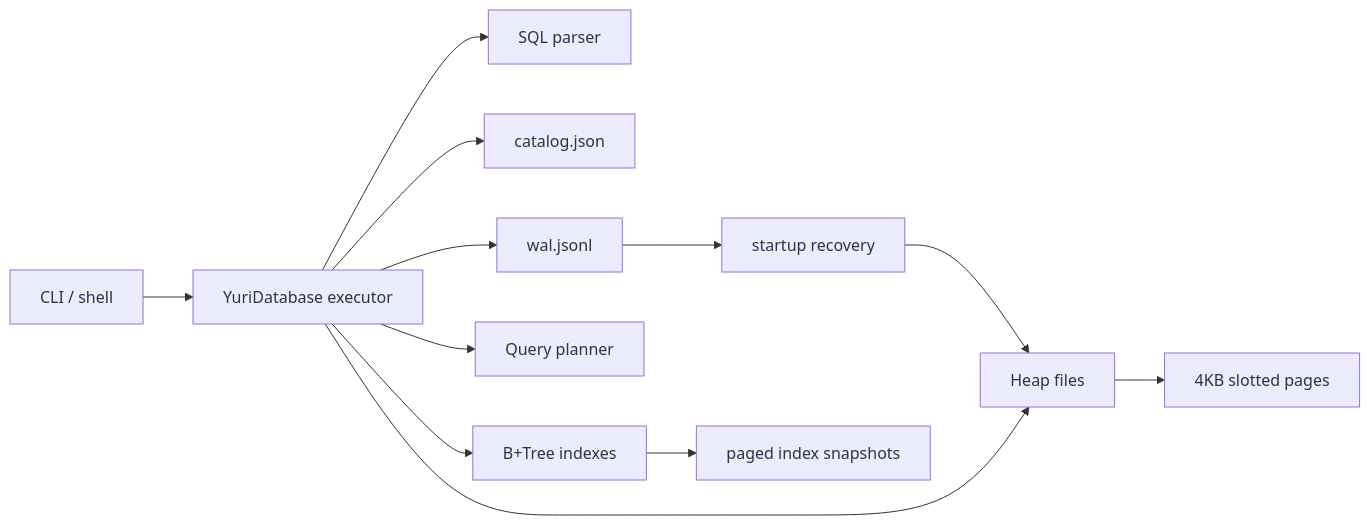
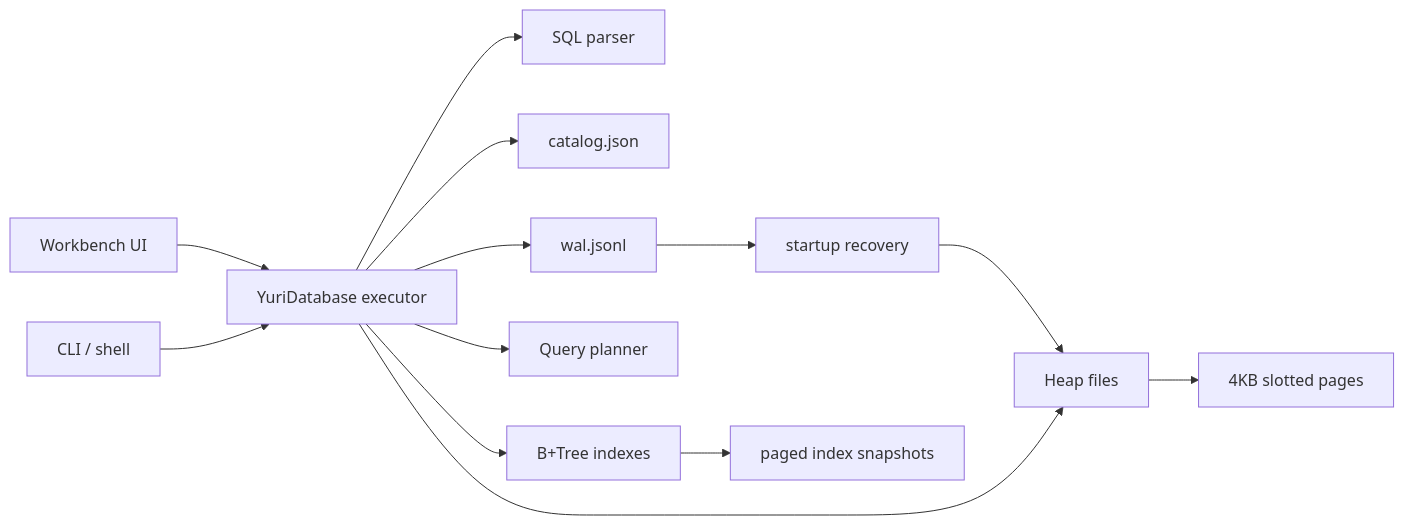
One commit to yuribarbosacouto/yuri-db-lab changed the diagram in README.md. Above: the diagram before and after it, drawn with Mermaid. The commit also changed other lines of this file and 16 other files, not shown here.

````diff
--- a/README.md
+++ b/README.md
@@ -109,14 +118,15 @@
 ```mermaid
 flowchart LR
+  Workbench["Workbench UI"] --> DB
   CLI["CLI / shell"] --> DB["YuriDatabase executor"]
   DB --> Parser["SQL parser"]
   DB --> Catalog["catalog.json"]
   DB --> WAL["wal.jsonl"]
   WAL --> Recovery["startup recovery"]
   Recovery --> Heap
   DB --> Planner["Query planner"]
   DB --> Heap["Heap files"]
   Heap --> Pages["4KB slotted pages"]
   DB --> Index["B+Tree indexes"]
   Index --> IndexPages["paged index snapshots"]
 ```
````
